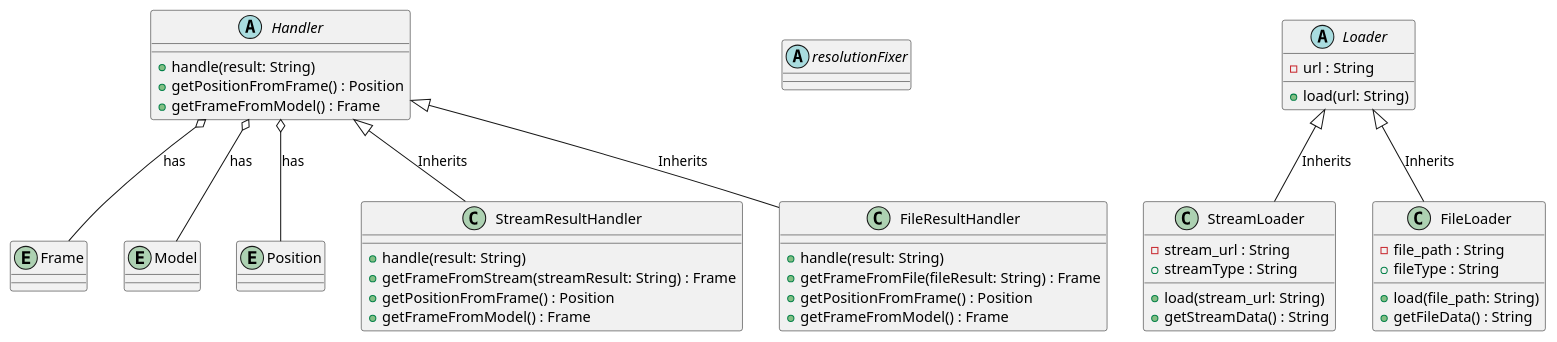
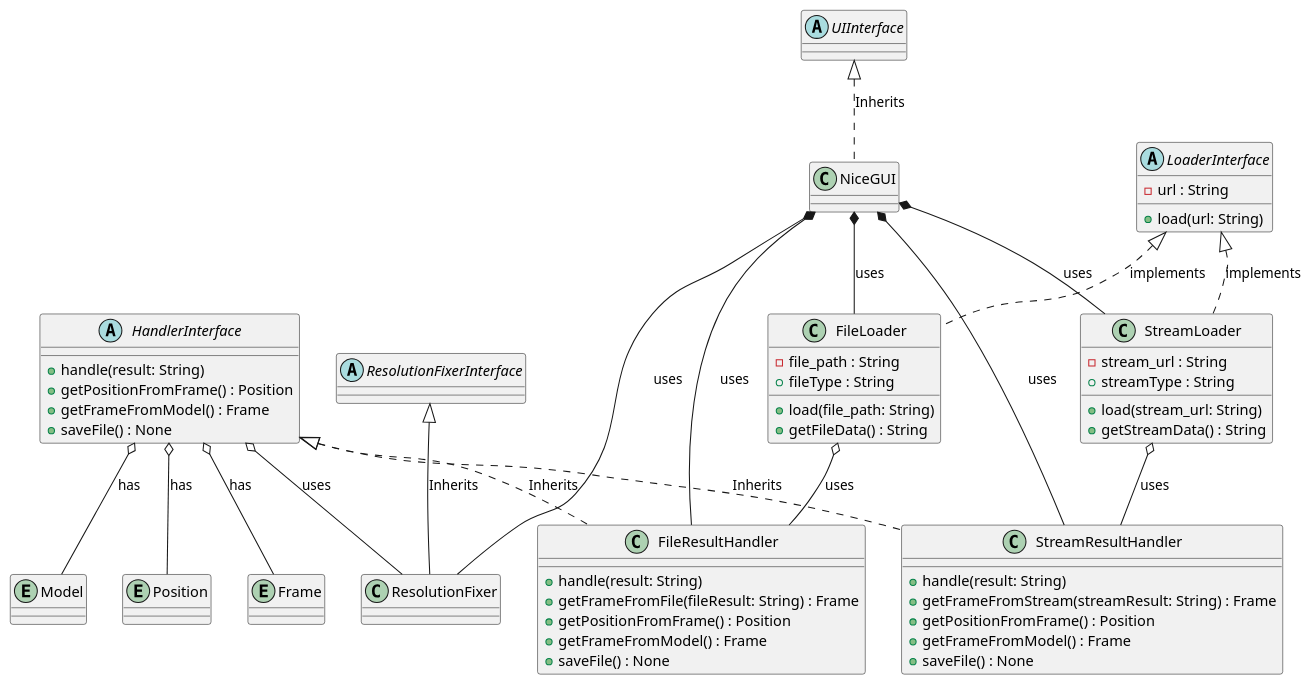
One commit to pinyinjj/TrackZoom changed the diagram in main_structure.plantuml. Above: the diagram before and after it, drawn with PlantUML. The commit also changed 2 other files, not shown here.

```diff
--- a/main_structure.plantuml
+++ b/main_structure.plantuml
@@ -1,61 +1,96 @@
 @startuml main_structure
 
 entity Frame
 entity Model
 entity Position
 
 
-Handler o-- Frame : has
-Handler o-- Model : has
-Handler o-- Position : has
+HandlerInterface o-- Frame : has
+HandlerInterface o-- Model : has
+HandlerInterface o-- Position : has
 
-abstract class Handler {
+abstract class HandlerInterface {
     + handle(result: String)
     + getPositionFromFrame() : Position
     + getFrameFromModel() : Frame
+    + saveFile() : None
 }
 
-abstract class resolutionFixer {
+abstract class ResolutionFixerInterface {
 
 }
+
+class ResolutionFixer {
+
+}
+
+ResolutionFixerInterface <|-- ResolutionFixer : Inherits
+
+abstract class UIInterface {
+    
+}
+
+class NiceGUI {
+
+}
+
+UIInterface <|.. NiceGUI : Inherits
 
 class StreamResultHandler {
     + handle(result: String)
     + getFrameFromStream(streamResult: String) : Frame
     + getPositionFromFrame() : Position
     + getFrameFromModel() : Frame
+    + saveFile() : None
 }
 
 class FileResultHandler {
     + handle(result: String)
     + getFrameFromFile(fileResult: String) : Frame
     + getPositionFromFrame() : Position
     + getFrameFromModel() : Frame
+    + saveFile() : None
 }
 
-abstract class Loader {
+abstract class LoaderInterface {
     - url : String
     + load(url: String)
 }
 
 class StreamLoader {
     - stream_url : String
     + load(stream_url: String)
     + getStreamData() : String
     + streamType : String
 }
 
 class FileLoader {
     - file_path : String
     + load(file_path: String)
     + getFileData() : String
     + fileType : String
 }
 
-Loader <|-- FileLoader : Inherits
-Loader <|-- StreamLoader : Inherits
+StreamLoader o-- StreamResultHandler : uses
+FileLoader o-- FileResultHandler : uses
 
-Handler <|-- StreamResultHandler : Inherits
-Handler <|-- FileResultHandler : Inherits
+LoaderInterface <|.. FileLoader : implements
+LoaderInterface <|.. StreamLoader : implements
+HandlerInterface o-- ResolutionFixer : uses
+HandlerInterface <|.. StreamResultHandler : Inherits
+HandlerInterface <|.. FileResultHandler : Inherits
+
+NiceGUI *-- StreamLoader : uses
+NiceGUI *-- FileLoader : uses
+NiceGUI *-- ResolutionFixer : uses
+NiceGUI *-- StreamResultHandler : uses
+NiceGUI *-- FileResultHandler : uses
+
+
+
+
+
+
+
 
 @enduml
```
